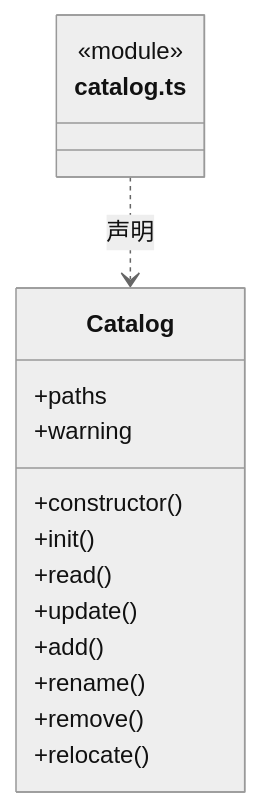
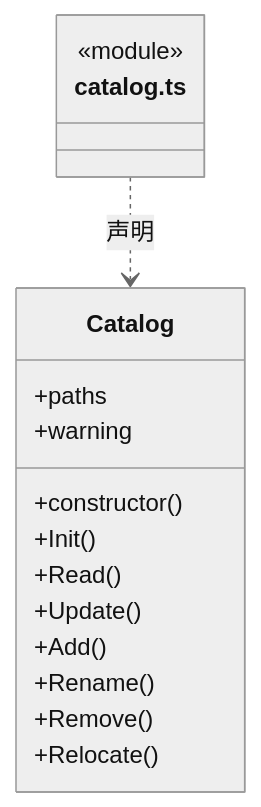
One commit to nan023062/cbim changed the second of 12 diagrams in src/logic/workspace/service/ARCHITECTURE.md. Above: the diagram before and after it, drawn with Mermaid (neutral theme). The commit also changed other lines of this file and 1035 other files, not shown here.

````diff
--- a/src/logic/workspace/service/ARCHITECTURE.md
+++ b/src/logic/workspace/service/ARCHITECTURE.md
@@ -48,19 +48,19 @@
 ```mermaid
 classDiagram
 class N_src_logic_workspace_service_catalog_ts["catalog.ts"] {
   <<module>>
 }
 class N_src_logic_workspace_service_catalog_ts_Catalog["Catalog"] {
   +paths
   +warning
   +constructor()
-  +init()
-  +read()
-  +update()
-  +add()
-  +rename()
-  +remove()
-  +relocate()
+  +Init()
+  +Read()
+  +Update()
+  +Add()
+  +Rename()
+  +Remove()
+  +Relocate()
 }
 N_src_logic_workspace_service_catalog_ts ..> N_src_logic_workspace_service_catalog_ts_Catalog : 声明
 ```
````
